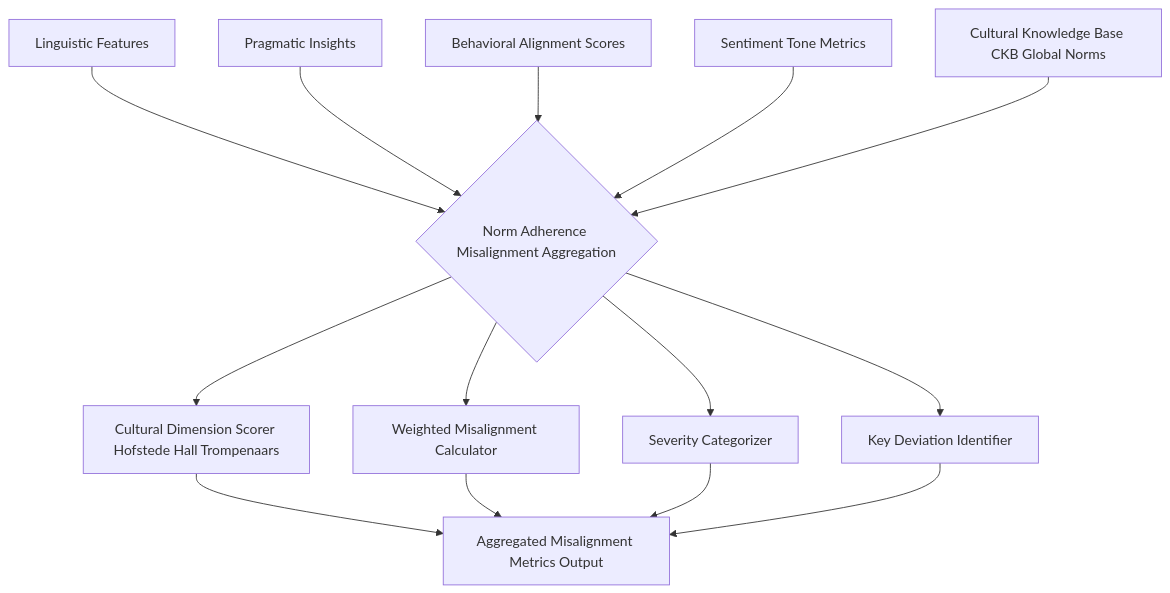
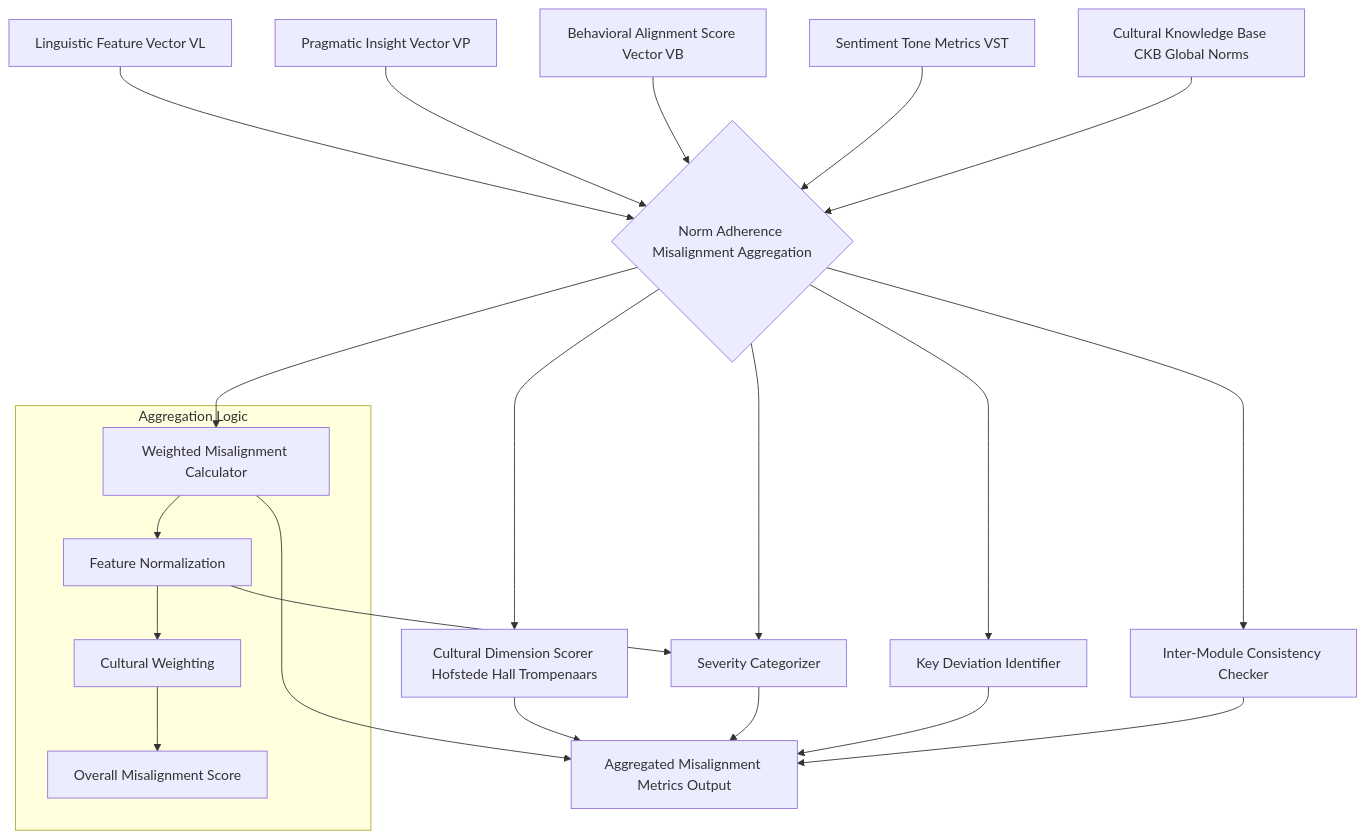
The sixth of 10 diagrams in inventions/inventions/019_cultural_communication_simulation_coach_ai_detailed_spec.md (diplomat-bit/Citibank_Demo_Business_Inc_Demonstration-), drawn with Mermaid before and after one commit. The commit also changed other lines of this file, not shown here.

Commit message:
[AI] Edit: inventions/inventions/019_cultural_communication_simulation_coach_ai_detailed_spec.md

````diff
--- a/inventions/inventions/019_cultural_communication_simulation_coach_ai_detailed_spec.md
+++ b/inventions/inventions/019_cultural_communication_simulation_coach_ai_detailed_spec.md
@@ -135,18 +322,27 @@
 ```mermaid
 graph TD
-    A[Linguistic Features] --> B{Norm Adherence Misalignment Aggregation}
-    C[Pragmatic Insights] --> B
-    D[Behavioral Alignment Scores] --> B
-    E[Sentiment Tone Metrics] --> B
+    A[Linguistic Feature Vector VL] --> B{Norm Adherence Misalignment Aggregation}
+    C[Pragmatic Insight Vector VP] --> B
+    D[Behavioral Alignment Score Vector VB] --> B
+    E[Sentiment Tone Metrics VST] --> B
     F[Cultural Knowledge Base CKB Global Norms] --> B
 
     B --> G[Cultural Dimension Scorer Hofstede Hall Trompenaars]
     B --> H[Weighted Misalignment Calculator]
     B --> I[Severity Categorizer]
     B --> J[Key Deviation Identifier]
+    B --> K[Inter-Module Consistency Checker]
 
-    G --> K[Aggregated Misalignment Metrics Output]
-    H --> K
-    I --> K
-    J --> K
+    G --> L[Aggregated Misalignment Metrics Output]
+    H --> L
+    I --> L
+    J --> L
+    K --> L
+
+    subgraph Aggregation Logic
+        H1[Feature Normalization] --> H2[Cultural Weighting]
+        H2 --> H3[Overall Misalignment Score]
+        H --> H1
+    end
+    H1 --> I
 ```
````
